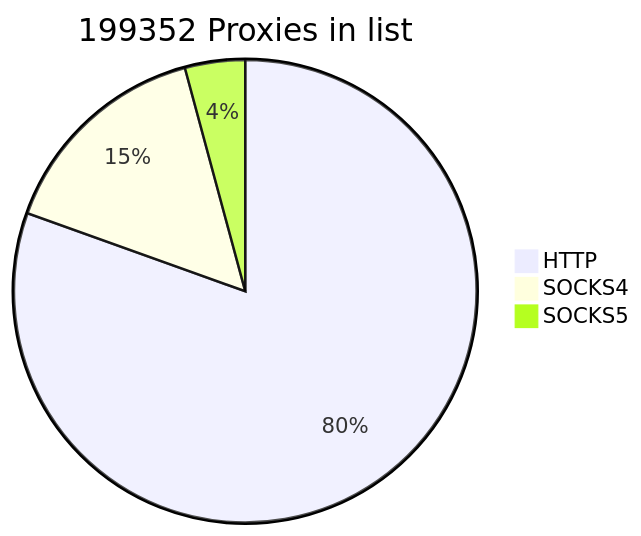
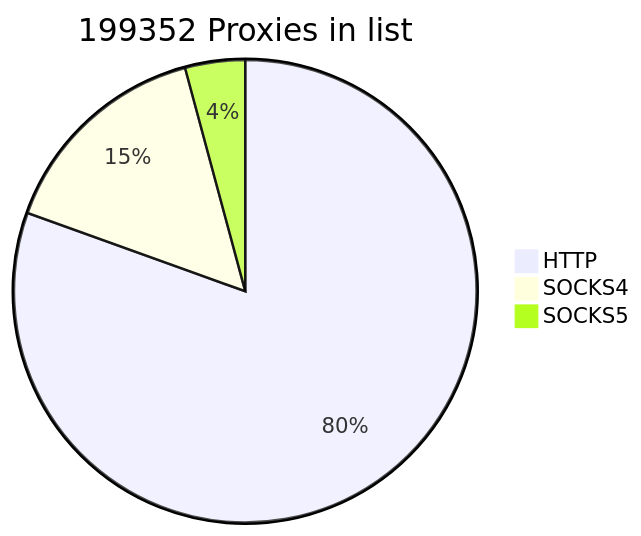
Before and after one commit to cutipu/proxylist: the first of 2 diagrams in README.md, drawn with Mermaid. The commit also changed other lines of this file, not shown here.

````diff
--- a/README.md
+++ b/README.md
@@ -2,7 +2,7 @@
 ```mermaid
 pie title 199352 Proxies in list
-    "HTTP" : 160428
-    "SOCKS4" : 30549
-    "SOCKS5" : 8375
+    "HTTP" : 160462
+    "SOCKS4" : 30538
+    "SOCKS5" : 8352
             
 ```
````
